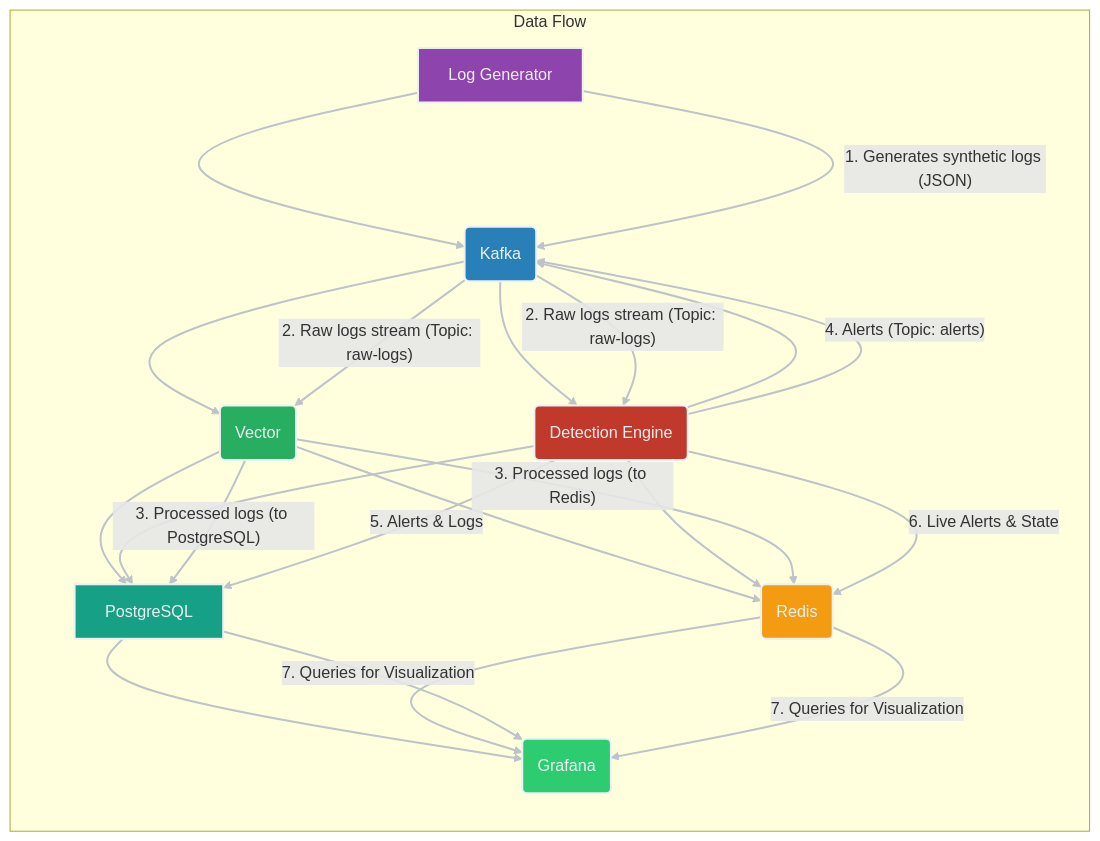
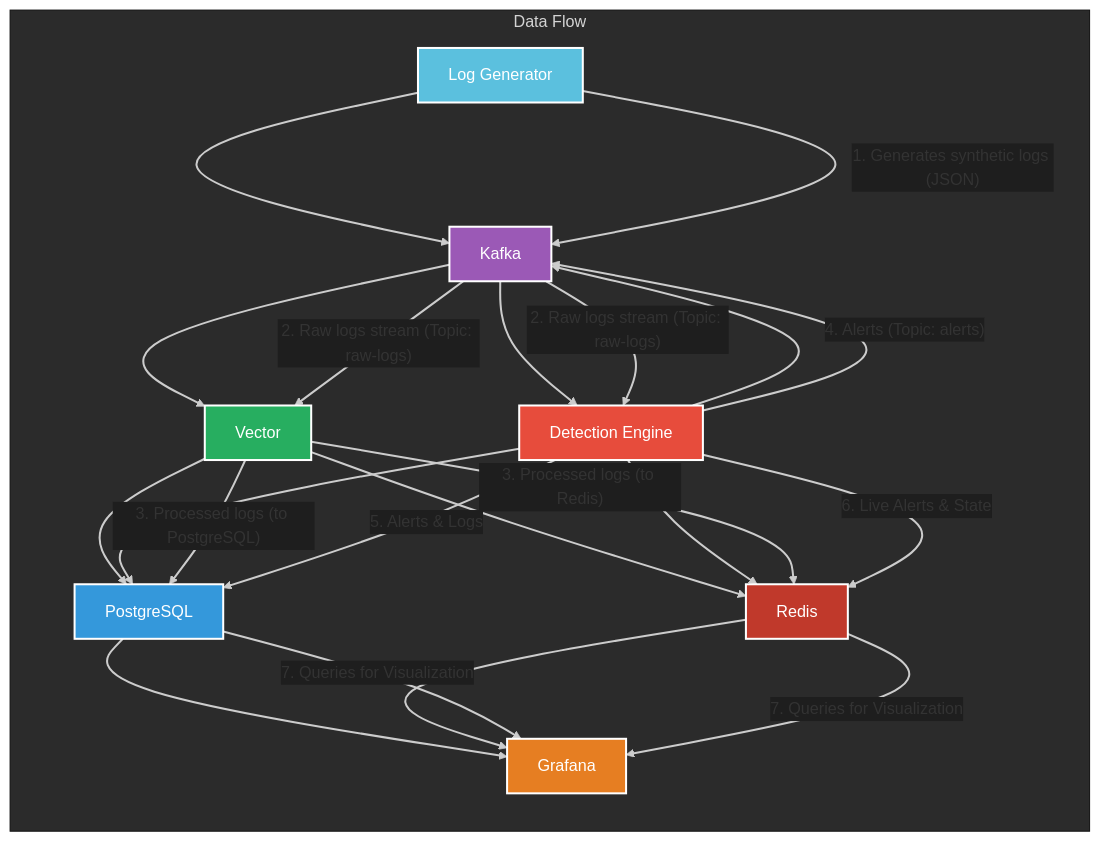
One commit to P-Bhanu-Sohan/SimuloSIEM changed the diagram in README.md. Above: the diagram before and after it, drawn with Mermaid.

````diff
--- a/README.md
+++ b/README.md
@@ -34,40 +34,42 @@
 ```mermaid
+%%{init: {'theme':'base', 'themeVariables': { 'primaryColor': '#1e1e1e', 'edgeLabelBackground':'#1e1e1e', 'fontFamily':'monospace', 'lineColor':'#cccccc'}}}%%
 graph LR
+
     %% Nodes
-    LG[Log Generator] --> K(Kafka)
-    K --> V(Vector)
-    K --> DE(Detection Engine)
+    LG[Log Generator] --> K[Kafka]
+    K --> V[Vector]
+    K --> DE[Detection Engine]
     V --> PG[PostgreSQL]
-    V --> R(Redis)
+    V --> R[Redis]
     DE --> R
     DE --> K
     DE --> PG
-    PG --> G(Grafana)
+    PG --> G[Grafana]
     R --> G
 
     %% Data Flow
     subgraph DataFlow["Data Flow"]
         LG -- "1. Generates synthetic logs (JSON)" --> K
         K -- "2. Raw logs stream (Topic: raw-logs)" --> V
         K -- "2. Raw logs stream (Topic: raw-logs)" --> DE
         V -- "3. Processed logs (to PostgreSQL)" --> PG
         V -- "3. Processed logs (to Redis)" --> R
         DE -- "4. Alerts (Topic: alerts)" --> K
         DE -- "5. Alerts & Logs" --> PG
         DE -- "6. Live Alerts & State" --> R
         PG -- "7. Queries for Visualization" --> G
         R -- "7. Queries for Visualization" --> G
     end
 
-    %% Dark Theme Styles
-    style LG fill:#8e44ad,stroke:#ecf0f1,stroke-width:2px,color:#ecf0f1
-    style K fill:#2980b9,stroke:#ecf0f1,stroke-width:2px,color:#ecf0f1
-    style V fill:#27ae60,stroke:#ecf0f1,stroke-width:2px,color:#ecf0f1
-    style DE fill:#c0392b,stroke:#ecf0f1,stroke-width:2px,color:#ecf0f1
-    style PG fill:#16a085,stroke:#ecf0f1,stroke-width:2px,color:#ecf0f1
-    style R fill:#f39c12,stroke:#ecf0f1,stroke-width:2px,color:#ecf0f1
-    style G fill:#2ecc71,stroke:#ecf0f1,stroke-width:2px,color:#ecf0f1
+    %% Colors for Dark Mode
+    style LG fill:#5bc0de,stroke:#ffffff,stroke-width:2px,color:#ffffff
+    style K fill:#9b59b6,stroke:#ffffff,stroke-width:2px,color:#ffffff
+    style V fill:#27ae60,stroke:#ffffff,stroke-width:2px,color:#ffffff
+    style DE fill:#e74c3c,stroke:#ffffff,stroke-width:2px,color:#ffffff
+    style PG fill:#3498db,stroke:#ffffff,stroke-width:2px,color:#ffffff
+    style R fill:#c0392b,stroke:#ffffff,stroke-width:2px,color:#ffffff
+    style G fill:#e67e22,stroke:#ffffff,stroke-width:2px,color:#ffffff
 
-    %% Make lines straight
-    linkStyle default stroke:#bdc3c7,stroke-width:2px
+    %% Straight lines
+    linkStyle default stroke:#cccccc,stroke-width:2px,fill:none
 ```
````
